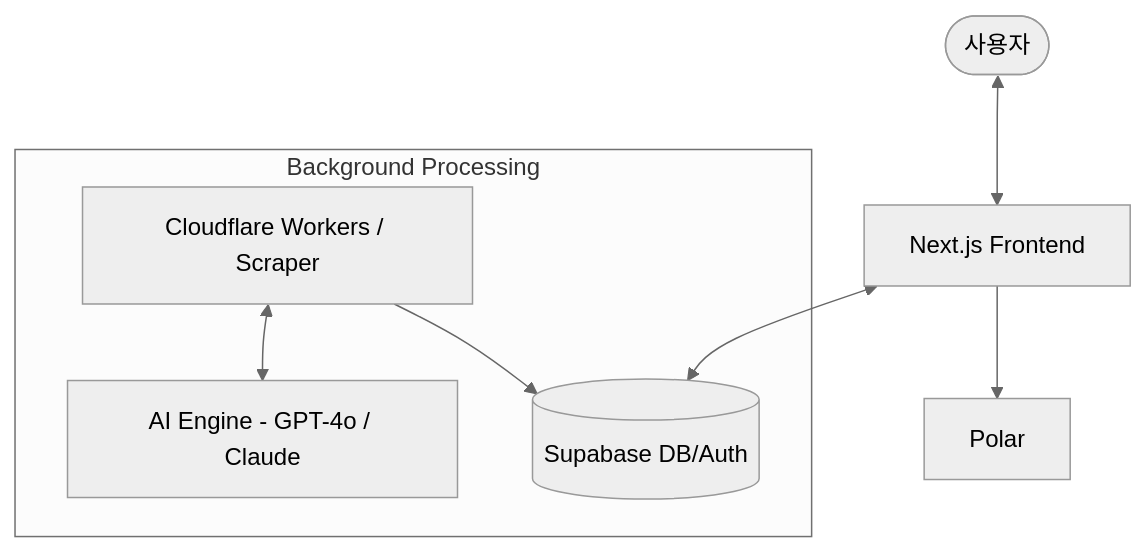
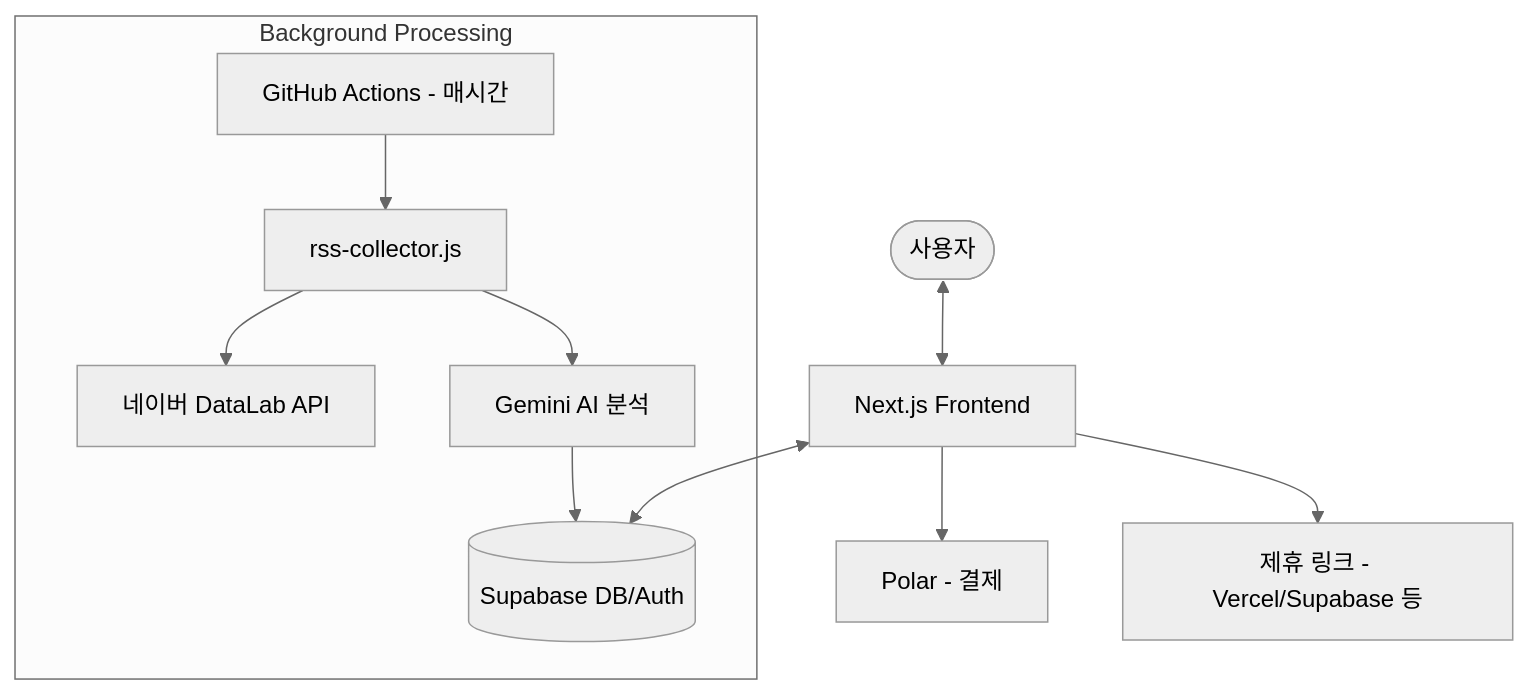
The diagram in 1.PRD.md (DeuklyoungKo/checkservice), drawn with Mermaid (neutral theme) before and after one commit. The commit also changed other lines of this file and 2 other files, not shown here.

````diff
--- a/1.PRD.md
+++ b/1.PRD.md
@@ -118,12 +135,15 @@
 ```mermaid
 graph TD
     User([사용자]) <--> Frontend[Next.js Frontend]
     Frontend <--> Supabase[(Supabase DB/Auth)]
     
     subgraph "Background Processing"
-        Scraper[Cloudflare Workers / Scraper] --> Supabase
-        Scraper <--> AI[AI Engine - GPT-4o / Claude]
+        GHActions[GitHub Actions - 매시간] --> Collector[rss-collector.js]
+        Collector --> NaverDataLab[네이버 DataLab API]
+        Collector --> GeminiAI[Gemini AI 분석]
+        GeminiAI --> Supabase
     end
     
-    Frontend --> Payments[Polar]
+    Frontend --> Polar[Polar - 결제]
+    Frontend --> Affiliate[제휴 링크 - Vercel/Supabase 등]
 ```
````
